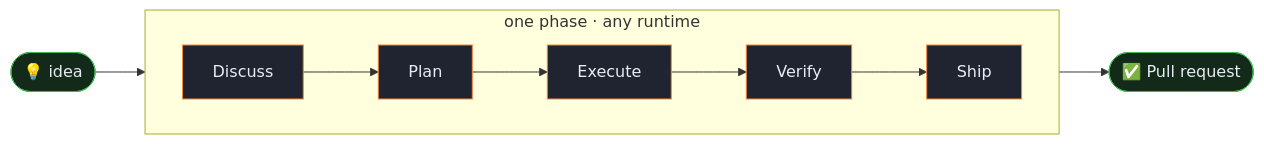
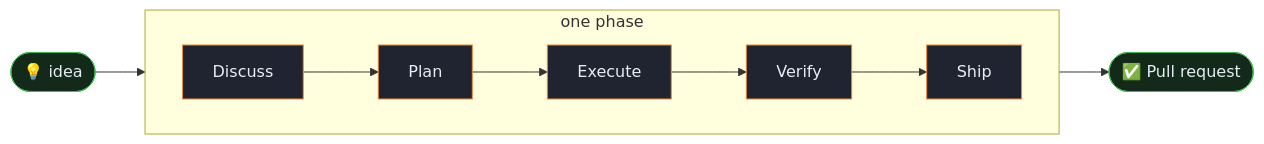
Before and after one commit to GSD-redux/get-shit-done-redux: the sixth of 6 diagrams in docs/tutorials/your-first-project.md, drawn with Mermaid. The commit also changed other lines of this file, not shown here.

First line of the commit message:
docs(#2534): scope tutorial back to single-runtime (Claude Code)

````diff
--- a/docs/tutorials/your-first-project.md
+++ b/docs/tutorials/your-first-project.md
@@ -472,12 +430,12 @@
 ```mermaid
 flowchart LR
     idea([💡 idea]) --> loop
-    subgraph loop [one phase · any runtime]
+    subgraph loop [one phase]
       direction LR
       d[Discuss]-->p[Plan]-->e[Execute]-->v[Verify]-->s[Ship]
     end
     loop --> pr([✅ Pull request])
     classDef a fill:#1f2430,stroke:#f0883e,color:#e6edf3;
     classDef ok fill:#132a1a,stroke:#3fb950,color:#e6edf3;
     class d,p,e,v,s a; class pr,idea ok;
 ```
````
